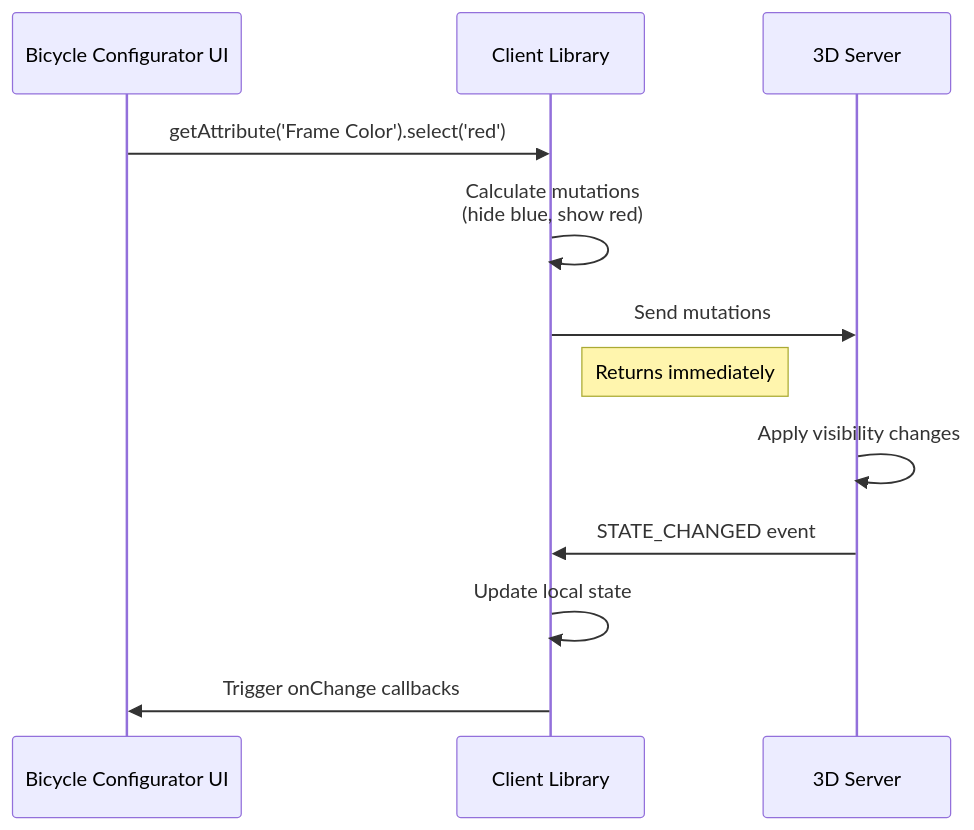
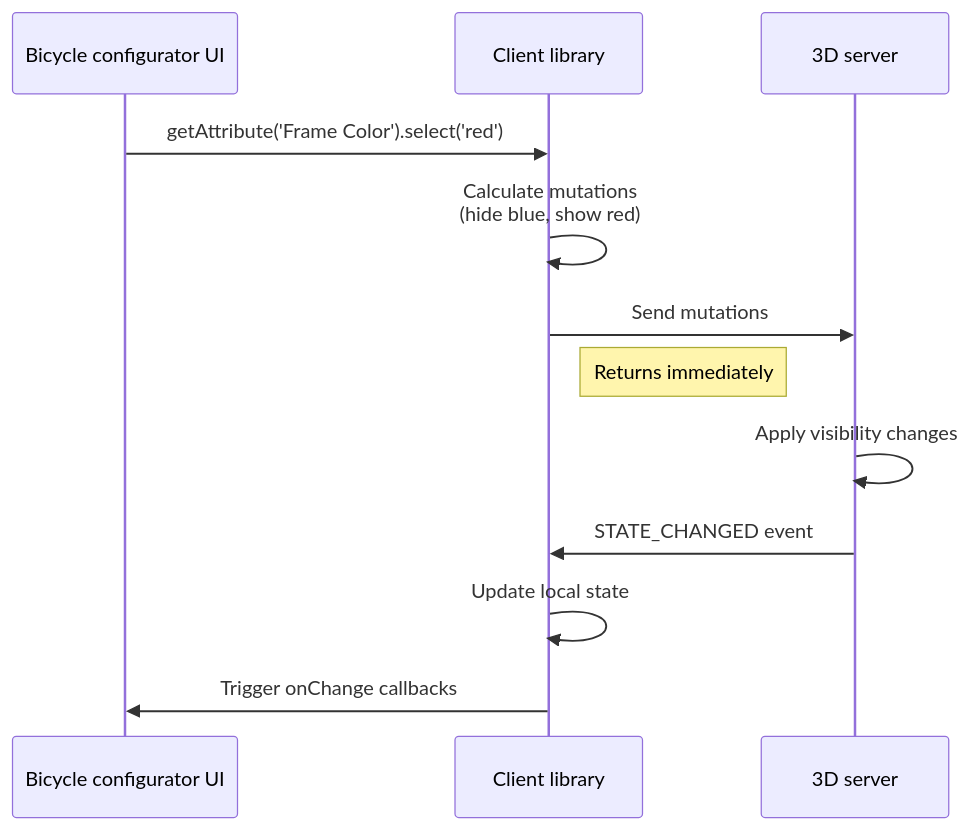
Before and after one commit to virtualdisplay-io/client: the diagram in docs/mapping-concept.md, drawn with Mermaid. The commit also changed other lines of this file and 3 other files, not shown here.

````diff
--- a/docs/mapping-concept.md
+++ b/docs/mapping-concept.md
@@ -276,15 +319,15 @@
 ```mermaid
 sequenceDiagram
-    participant UI as Bicycle Configurator UI
-    participant Client as Client Library
-    participant Server as 3D Server
+    participant UI as Bicycle configurator UI
+    participant Client as Client library
+    participant Server as 3D server
 
     UI->>Client: getAttribute('Frame Color').select('red')
     Client->>Client: Calculate mutations<br/>(hide blue, show red)
     Client->>Server: Send mutations
     Note right of Client: Returns immediately
     Server->>Server: Apply visibility changes
     Server->>Client: STATE_CHANGED event
     Client->>Client: Update local state
     Client->>UI: Trigger onChange callbacks
 ```
````
